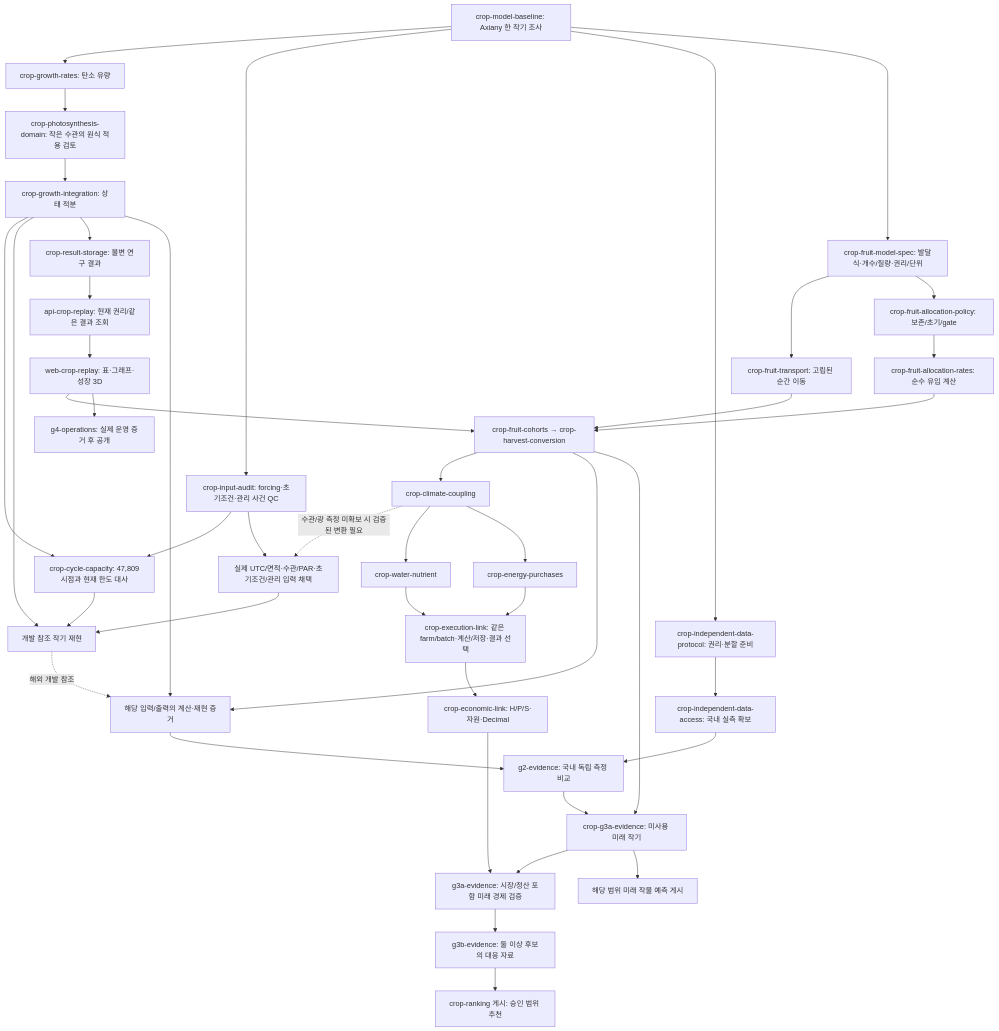
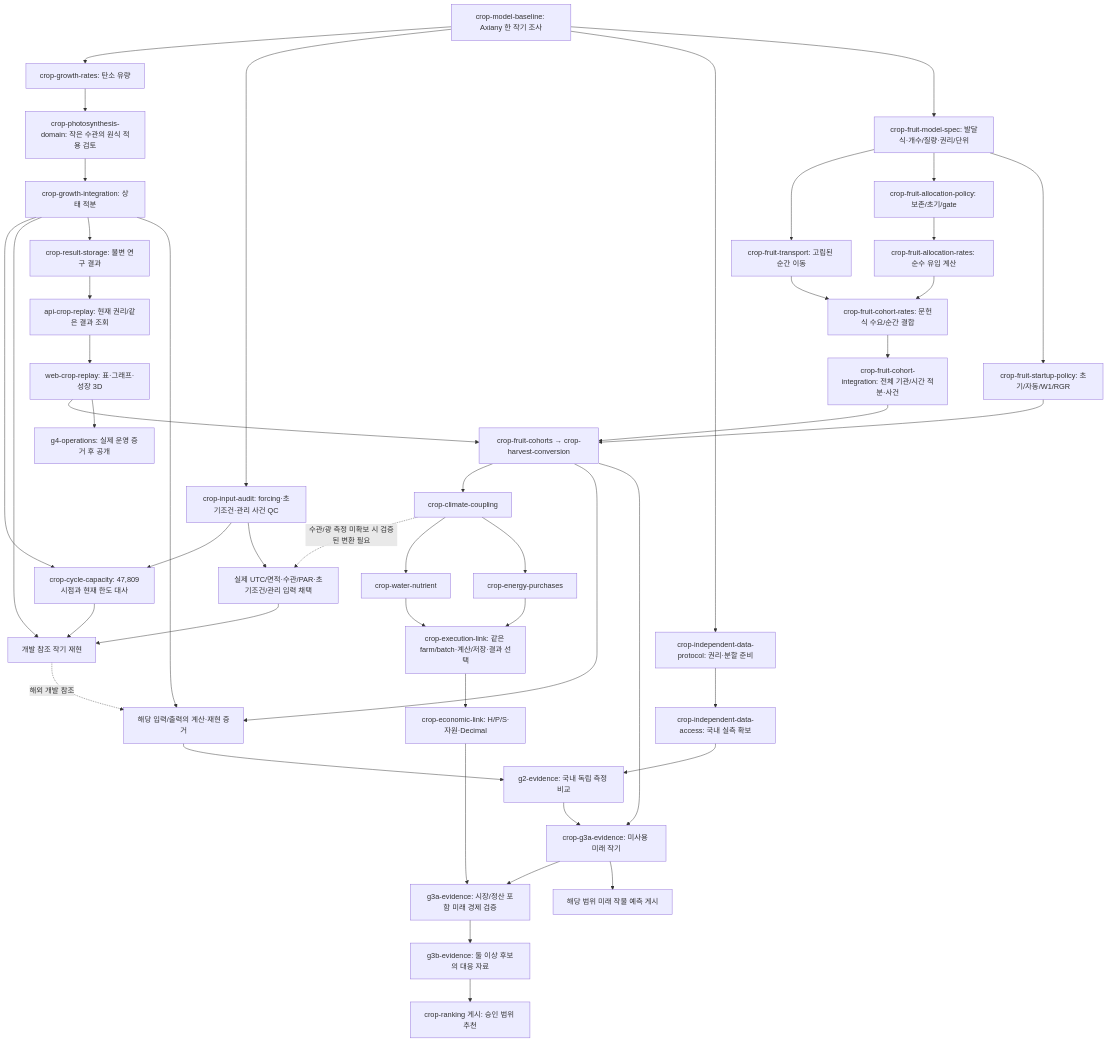
One commit to KIMSUNGHOON/OpenSmartFarmSim changed the first of 2 diagrams in tasks/plan.md. Above: the diagram before and after it, drawn with Mermaid. The commit also changed other lines of this file and 13 other files, not shown here.

First line of the commit message:
feat(crop): combine pinned fruit demand transport and respiration

````diff
--- a/tasks/plan.md
+++ b/tasks/plan.md
@@ -23,45 +25,49 @@
 ```mermaid
 flowchart TD
   B["crop-model-baseline: Axiany 한 작기 조사"] --> R["crop-growth-rates: 탄소 유량"]
   B --> Q["crop-input-audit: forcing·초기조건·관리 사건 QC"]
   B --> AP["crop-independent-data-protocol: 권리·분할 준비"]
   AP --> A["crop-independent-data-access: 국내 실측 확보"]
   R --> D["crop-photosynthesis-domain: 작은 수관의 원식 적용 검토"]
   D --> I["crop-growth-integration: 상태 적분"]
   Q --> CAP["crop-cycle-capacity: 47,809시점과 현재 한도 대사"]
   I --> CAP
   CAP --> X["개발 참조 작기 재현"]
   Q --> AQ["실제 UTC/면적·수관/PAR·초기조건/관리 입력 채택"]
   AQ --> X
   I --> X
   I --> S["crop-result-storage: 불변 연구 결과"]
   S --> API["api-crop-replay: 현재 권리/같은 결과 조회"]
   API --> V["web-crop-replay: 표·그래프·성장 3D"]
   B --> FM["crop-fruit-model-spec: 발달식·개수/질량·권리/단위"]
   FM --> FT["crop-fruit-transport: 고립된 순간 이동"]
   FM --> FP["crop-fruit-allocation-policy: 보존/초기/gate"]
-  FT --> F["crop-fruit-cohorts → crop-harvest-conversion"]
+  FT --> CR["crop-fruit-cohort-rates: 문헌식 수요/순간 결합"]
   FP --> FA["crop-fruit-allocation-rates: 순수 유입 계산"]
-  FA --> F
+  FA --> CR
+  CR --> CI["crop-fruit-cohort-integration: 전체 기관/시간 적분·사건"]
+  FM --> ST["crop-fruit-startup-policy: 초기/자동/W1/RGR"]
+  CI --> F["crop-fruit-cohorts → crop-harvest-conversion"]
+  ST --> F
   V --> F
   F --> C["crop-climate-coupling"]
   C -. 수관/광 측정 미확보 시 검증된 변환 필요 .-> AQ
   C --> W["crop-water-nutrient"]
   C --> E["crop-energy-purchases"]
   W --> L["crop-execution-link: 같은 farm/batch·계산/저장·결과 선택"]
   E --> L
   L --> M["crop-economic-link: H/P/S·자원·Decimal"]
   A --> G2["g2-evidence: 국내 독립 측정 비교"]
   I --> CALC["해당 입력/출력의 계산·재현 증거"]
   F --> CALC
   X -. 해외 개발 참조 .-> CALC
   CALC --> G2
   G2 --> G3A["crop-g3a-evidence: 미사용 미래 작기"]
   F --> G3A
   M --> EC["g3a-evidence: 시장/정산 포함 미래 경제 검증"]
   G3A --> EC
   G3A --> P["해당 범위 미래 작물 예측 게시"]
   EC --> PAIR["g3b-evidence: 둘 이상 후보의 대응 자료"]
   PAIR --> REC["crop-ranking 게시: 승인 범위 추천"]
   V --> PUB["g4-operations: 실제 운영 증거 후 공개"]
 ```
````
